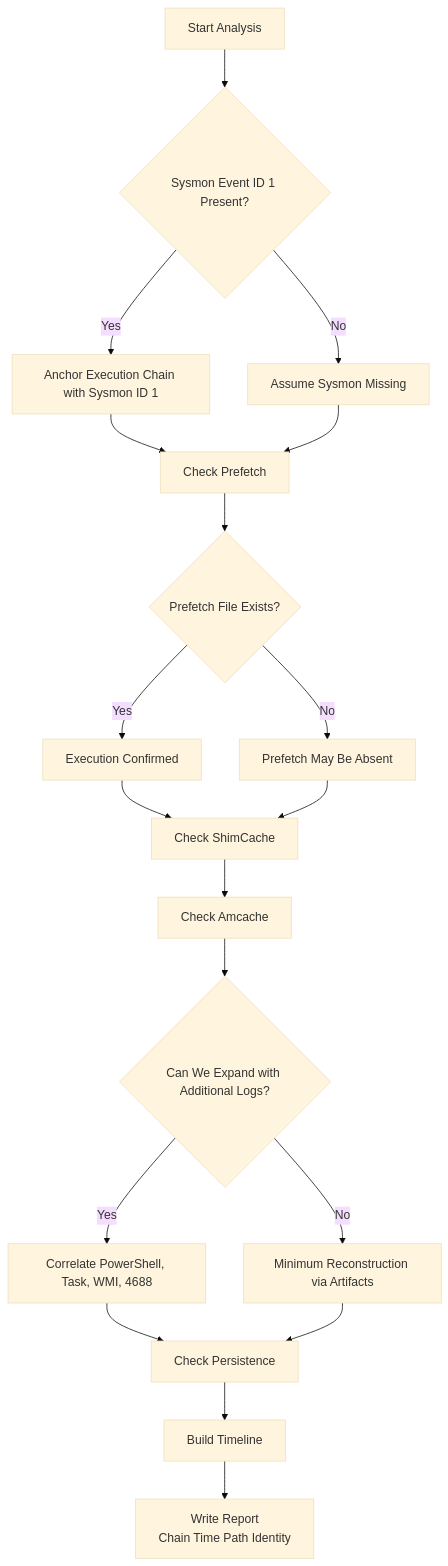
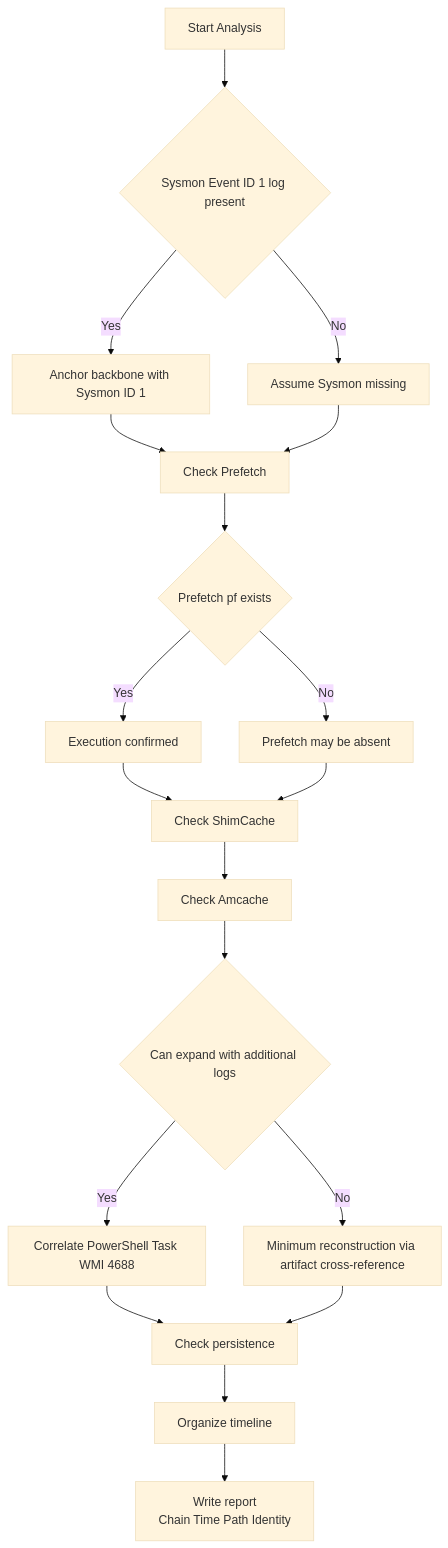
Before and after one commit to qubitsec/blog: the diagram in content/en/tech/shimcache_prefetch_comparison.md, drawn with Mermaid (base theme). The commit also changed other lines of this file, not shown here.

````diff
--- a/content/en/tech/shimcache_prefetch_comparison.md
+++ b/content/en/tech/shimcache_prefetch_comparison.md
@@ -40,30 +40,29 @@
 ```mermaid
 flowchart TD
-  A[Start Analysis] --> B{Sysmon Event ID 1 Present?}
+  A[Start Analysis] --> B{Sysmon Event ID 1 log present}
 
-  B -->|Yes| C[Anchor Execution Chain with Sysmon ID 1]
-  B -->|No| C2[Assume Sysmon Missing]
+  B -->|Yes| C[Anchor backbone with Sysmon ID 1]
+  B -->|No| C2[Assume Sysmon missing]
 
   C --> D[Check Prefetch]
   C2 --> D
 
-  D --> E{Prefetch File Exists?}
-  E -->|Yes| F[Execution Confirmed]
-  E -->|No| F2[Prefetch May Be Absent]
+  D --> E{Prefetch pf exists}
+  E -->|Yes| F[Execution confirmed]
+  E -->|No| F2[Prefetch may be absent]
 
   F --> G[Check ShimCache]
   F2 --> G
 
   G --> H[Check Amcache]
 
-  H --> I{Can We Expand with Additional Logs?}
-  I -->|Yes| J[Correlate PowerShell, Task, WMI, 4688]
-  I -->|No| K[Minimum Reconstruction via Artifacts]
+  H --> I{Can expand with additional logs}
+  I -->|Yes| J[Correlate PowerShell Task WMI 4688]
+  I -->|No| K[Minimum reconstruction via artifact cross-reference]
 
-  J --> L[Check Persistence]
+  J --> L[Check persistence]
   K --> L
 
-  L --> M[Build Timeline]
-  M --> N[Write Report
-Chain Time Path Identity]
+  L --> M[Organize timeline]
+  M --> N[Write report\nChain Time Path Identity]
 ```
````
